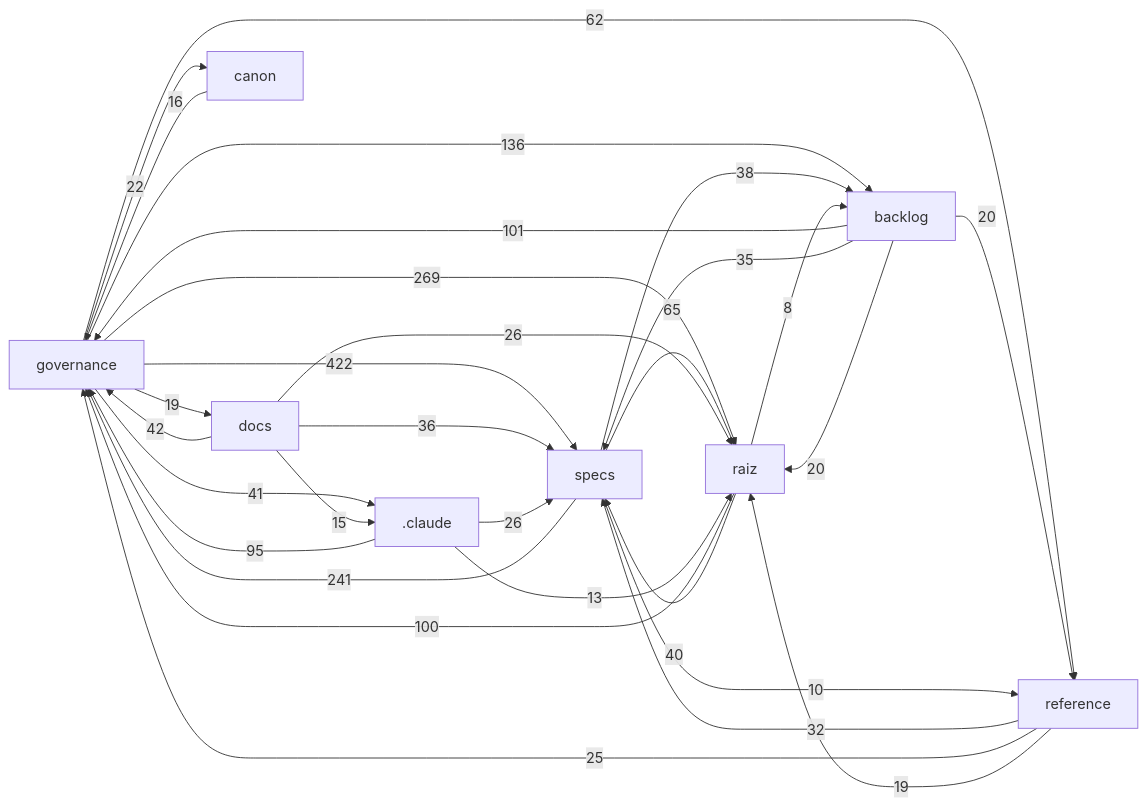
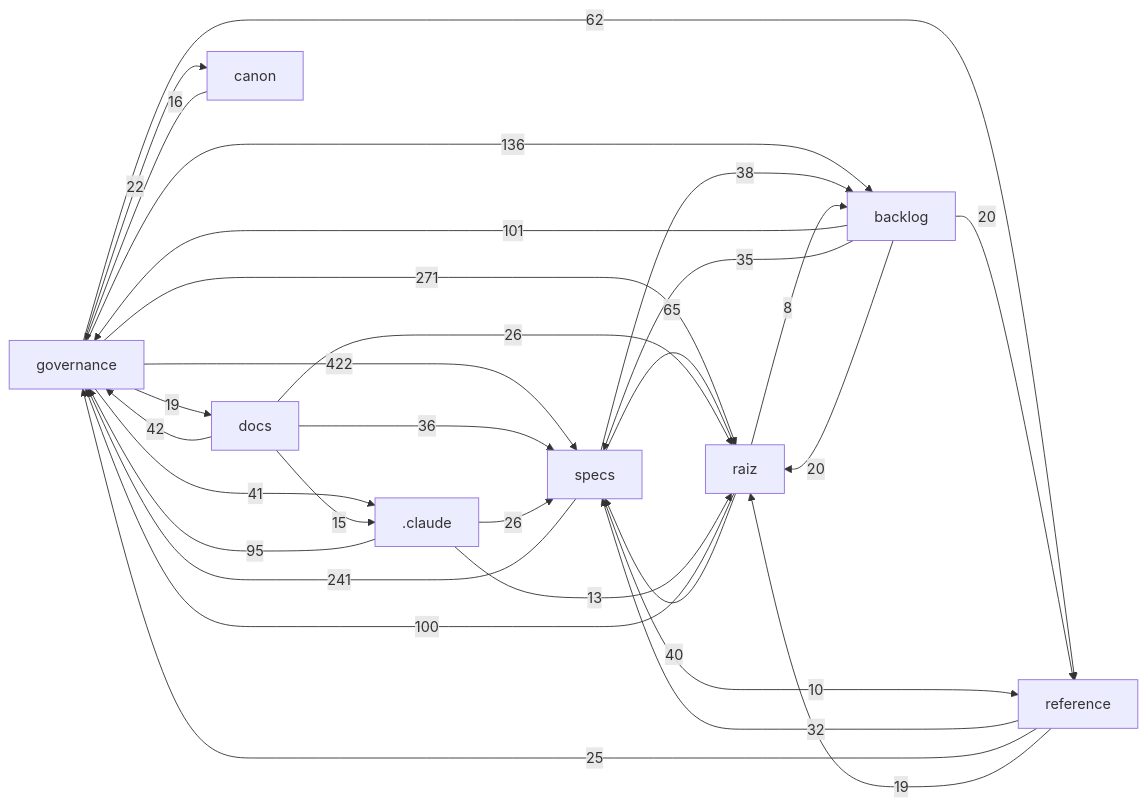
The diagram in docs/mapa/MAPA-PROJETO.md (Andraus35/Sistema-Operacional-de-Trading--SOT), drawn with Mermaid before and after one commit. The commit also changed other lines of this file and 8 other files, not shown here.

````diff
--- a/docs/mapa/MAPA-PROJETO.md
+++ b/docs/mapa/MAPA-PROJETO.md
@@ -29,32 +29,32 @@
 ```mermaid
 flowchart LR
   governance["governance"] -->|422| specs["specs"]
-  governance["governance"] -->|269| raiz["raiz"]
+  governance["governance"] -->|271| raiz["raiz"]
   specs["specs"] -->|241| governance["governance"]
   governance["governance"] -->|136| backlog["backlog"]
   backlog["backlog"] -->|101| governance["governance"]
   raiz["raiz"] -->|100| governance["governance"]
   _claude[".claude"] -->|95| governance["governance"]
   specs["specs"] -->|65| raiz["raiz"]
   governance["governance"] -->|62| reference["reference"]
   docs["docs"] -->|42| governance["governance"]
   governance["governance"] -->|41| _claude[".claude"]
   raiz["raiz"] -->|40| specs["specs"]
   specs["specs"] -->|38| backlog["backlog"]
   docs["docs"] -->|36| specs["specs"]
   backlog["backlog"] -->|35| specs["specs"]
   reference["reference"] -->|32| specs["specs"]
   _claude[".claude"] -->|26| specs["specs"]
   docs["docs"] -->|26| raiz["raiz"]
   reference["reference"] -->|25| governance["governance"]
   governance["governance"] -->|22| canon["canon"]
   backlog["backlog"] -->|20| raiz["raiz"]
   backlog["backlog"] -->|20| reference["reference"]
   governance["governance"] -->|19| docs["docs"]
   reference["reference"] -->|19| raiz["raiz"]
   canon["canon"] -->|16| governance["governance"]
   docs["docs"] -->|15| _claude[".claude"]
   _claude[".claude"] -->|13| raiz["raiz"]
   specs["specs"] -->|10| reference["reference"]
   raiz["raiz"] -->|8| backlog["backlog"]
 ```
````
